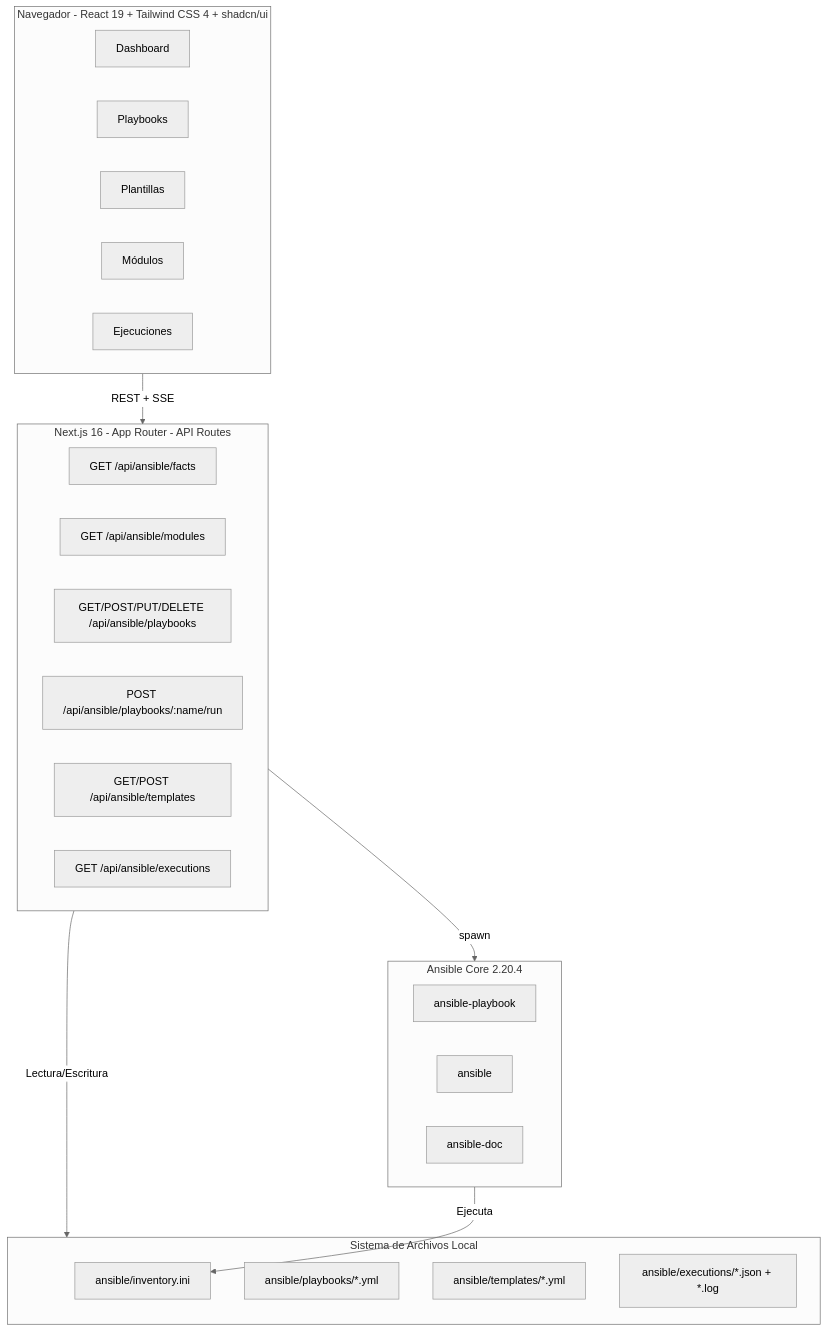
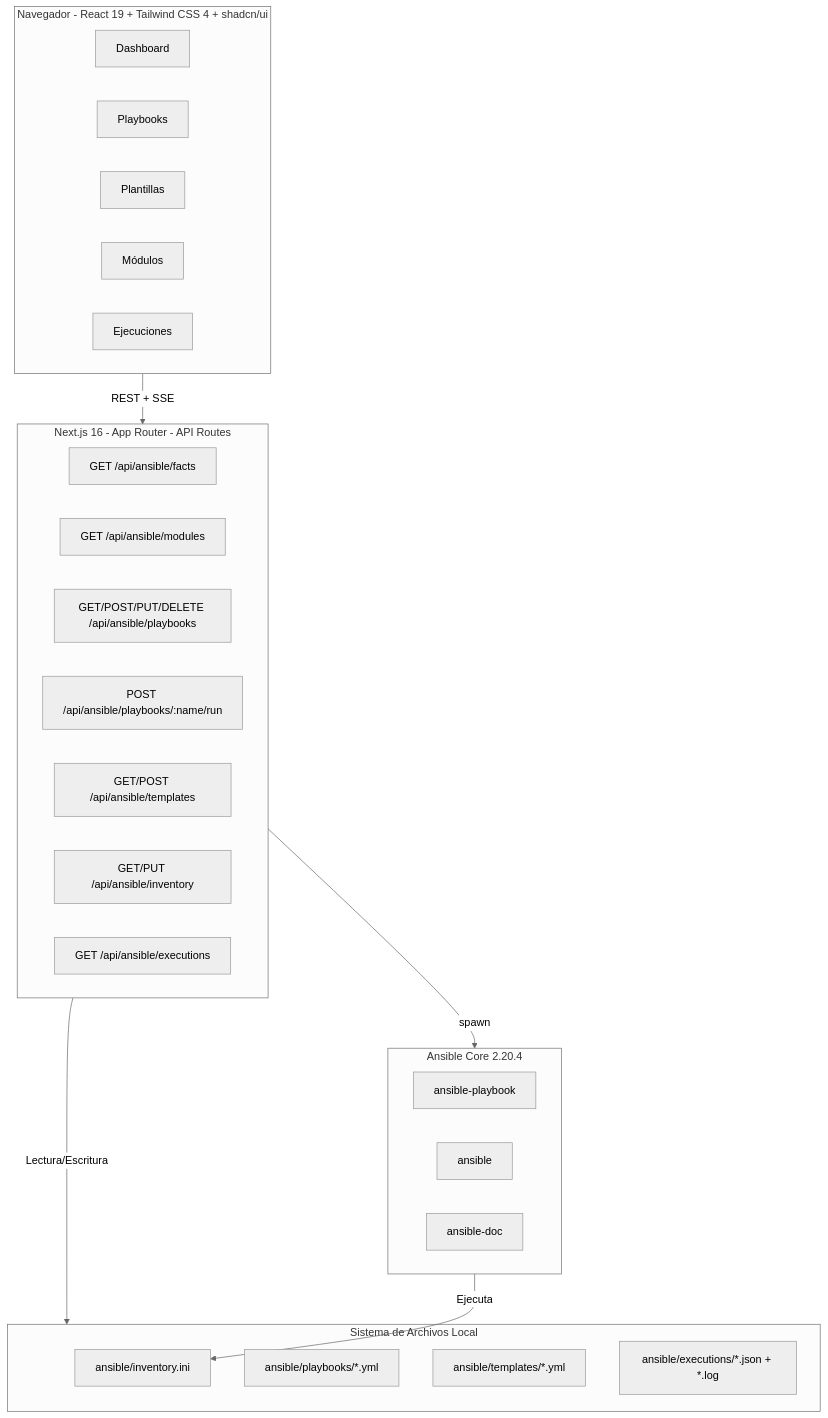
The first of 2 diagrams in README.md (ExecOps/ExecOps), drawn with Mermaid (neutral theme) before and after one commit. The commit also changed other lines of this file and 1 other file, not shown here.

First line of the commit message:
docs: update screenshot and document Inventory feature in README

````diff
--- a/README.md
+++ b/README.md
@@ -73,37 +81,38 @@
 ```mermaid
 flowchart TB
     subgraph Browser["Navegador - React 19 + Tailwind CSS 4 + shadcn/ui"]
         Dashboard["Dashboard"]
         Playbooks["Playbooks"]
         Templates["Plantillas"]
         Modules["Módulos"]
         Executions["Ejecuciones"]
     end
 
     subgraph API["Next.js 16 - App Router - API Routes"]
         Facts["GET /api/ansible/facts"]
         ModulesAPI["GET /api/ansible/modules"]
         PlaybooksAPI["GET/POST/PUT/DELETE /api/ansible/playbooks"]
         RunAPI["POST /api/ansible/playbooks/:name/run"]
         TemplatesAPI["GET/POST /api/ansible/templates"]
+        InventoryAPI["GET/PUT /api/ansible/inventory"]
         ExecAPI["GET /api/ansible/executions"]
     end
 
     subgraph FS["Sistema de Archivos Local"]
         Inventory["ansible/inventory.ini"]
         PB["ansible/playbooks/*.yml"]
         TPL["ansible/templates/*.yml"]
         LOG["ansible/executions/*.json + *.log"]
     end
 
     subgraph Ansible["Ansible Core 2.20.4"]
         AP["ansible-playbook"]
         A["ansible"]
         AD["ansible-doc"]
     end
 
     Browser -->|REST + SSE| API
     API -->|Lectura/Escritura| FS
     API -->|spawn| Ansible
     Ansible -->|Ejecuta| Inventory
 ```
````
